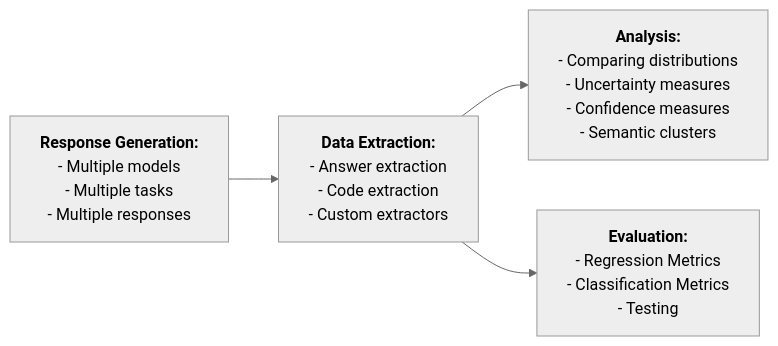
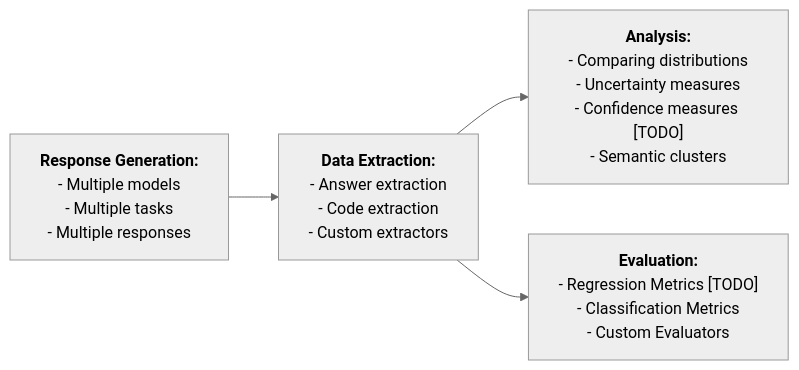
Before and after one commit to msv-lab/llm-play: the diagram in README.md, drawn with Mermaid (neutral theme). The commit also changed other lines of this file and 1 other file, not shown here.

````diff
--- a/README.md
+++ b/README.md
@@ -5,19 +5,19 @@
 ```mermaid
 flowchart LR
     A["`**Response Generation:**
     - Multiple models
     - Multiple tasks
     - Multiple responses`"] --> B["`**Data Extraction:**
     - Answer extraction
     - Code extraction
     - Custom extractors`"]
     B --> C["`**Analysis:**
     - Comparing distributions
     - Uncertainty measures
-    - Confidence measures
+    - Confidence measures [TODO]
     - Semantic clusters`"]
     B --> D["`**Evaluation:**
-    - Regression Metrics
+    - Regression Metrics [TODO]
     - Classification Metrics
-    - Testing`"]
+    - Custom Evaluators`"]
 ```
````
